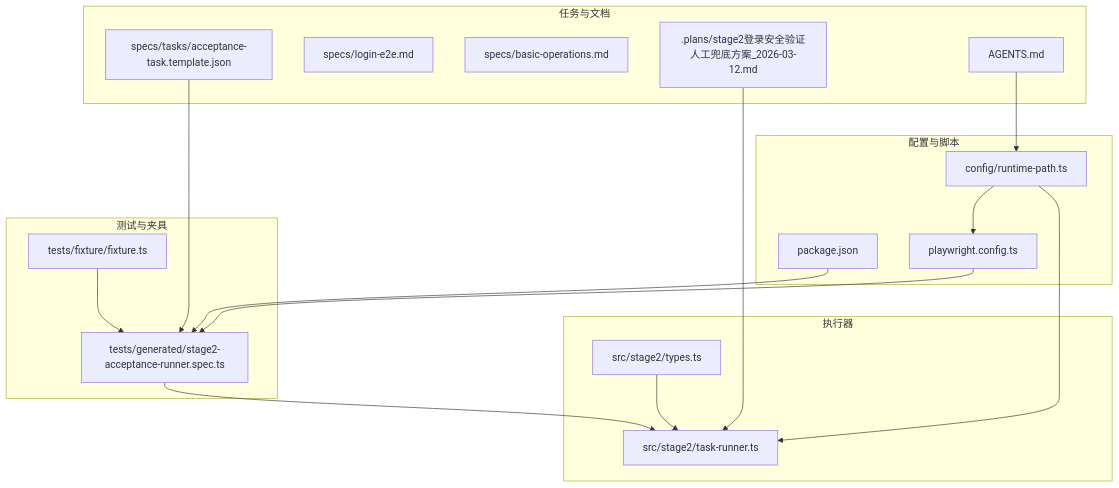
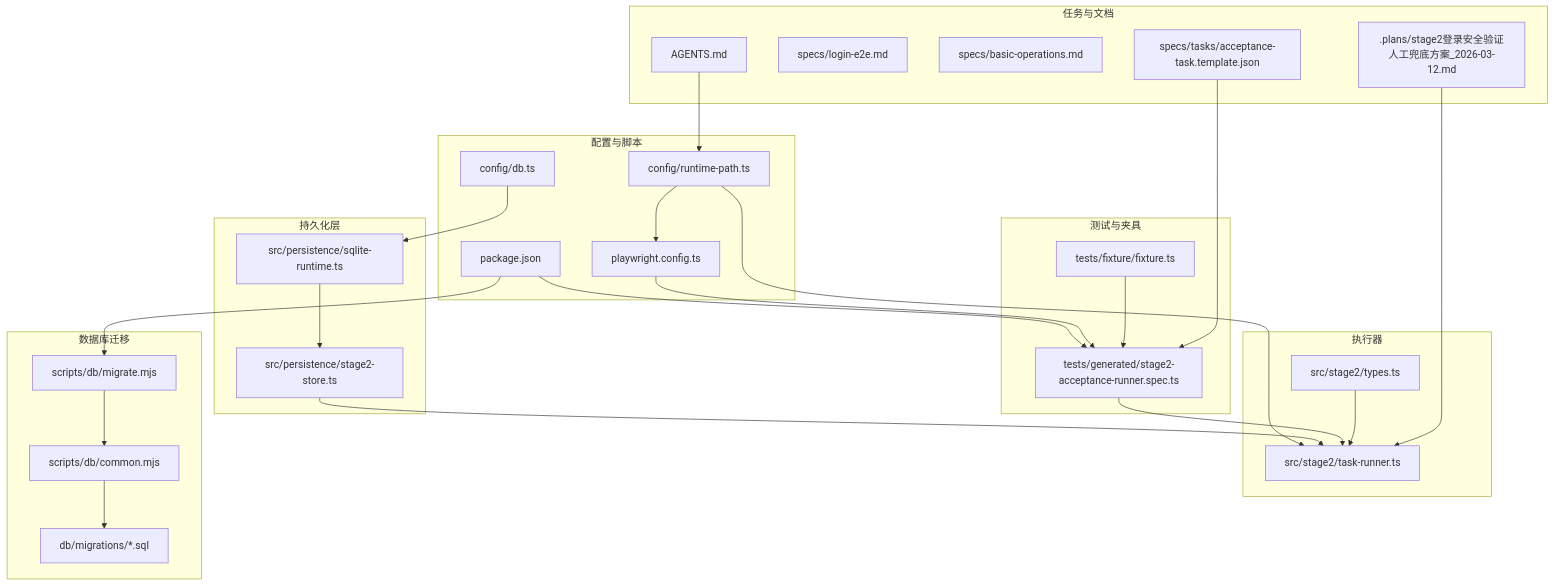
Before and after one commit to Jiane-EJ/playwright-mind: the first of 8 diagrams in .qoder/repowiki/zh/content/部署运维/部署运维.md, drawn with Mermaid. The commit also changed other lines of this file and 7 other files, not shown here.

````diff
--- a/.qoder/repowiki/zh/content/部署运维/部署运维.md
+++ b/.qoder/repowiki/zh/content/部署运维/部署运维.md
@@ -45,33 +64,49 @@
 ```mermaid
 graph TB
 subgraph "配置与脚本"
 P["package.json"]
 C["playwright.config.ts"]
 R["config/runtime-path.ts"]
+DB["config/db.ts"]
 end
 subgraph "执行器"
 TR["src/stage2/task-runner.ts"]
 TY["src/stage2/types.ts"]
+end
+subgraph "持久化层"
+STR["src/persistence/sqlite-runtime.ts"]
+STS["src/persistence/stage2-store.ts"]
+end
+subgraph "数据库迁移"
+DM["scripts/db/migrate.mjs"]
+DC["scripts/db/common.mjs"]
+MIG["db/migrations/*.sql"]
 end
 subgraph "测试与夹具"
 S["tests/generated/stage2-acceptance-runner.spec.ts"]
 F["tests/fixture/fixture.ts"]
 end
 subgraph "任务与文档"
 TPL["specs/tasks/acceptance-task.template.json"]
 LDOC["specs/login-e2e.md"]
 BDOC["specs/basic-operations.md"]
 PLAN[".plans/stage2登录安全验证人工兜底方案_2026-03-12.md"]
 AG["AGENTS.md"]
 end
+P --> DM
 P --> S
 C --> S
 R --> C
 R --> TR
+DB --> STR
+STR --> STS
+STS --> TR
+DM --> DC
+DC --> MIG
 F --> S
 S --> TR
 TY --> TR
 TPL --> S
 PLAN --> TR
 AG --> R
 ```
````
